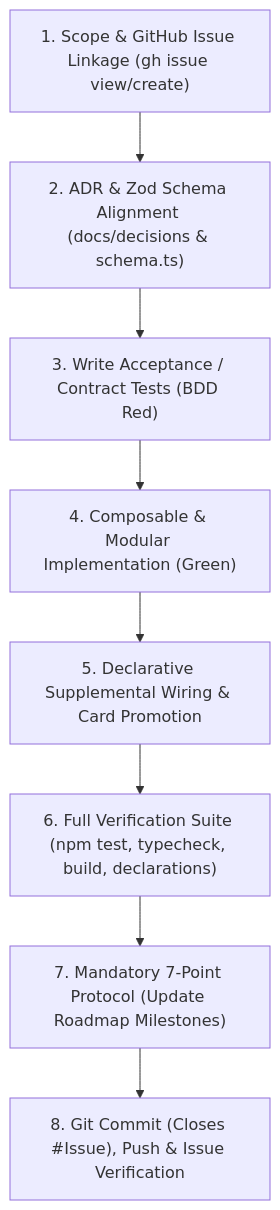
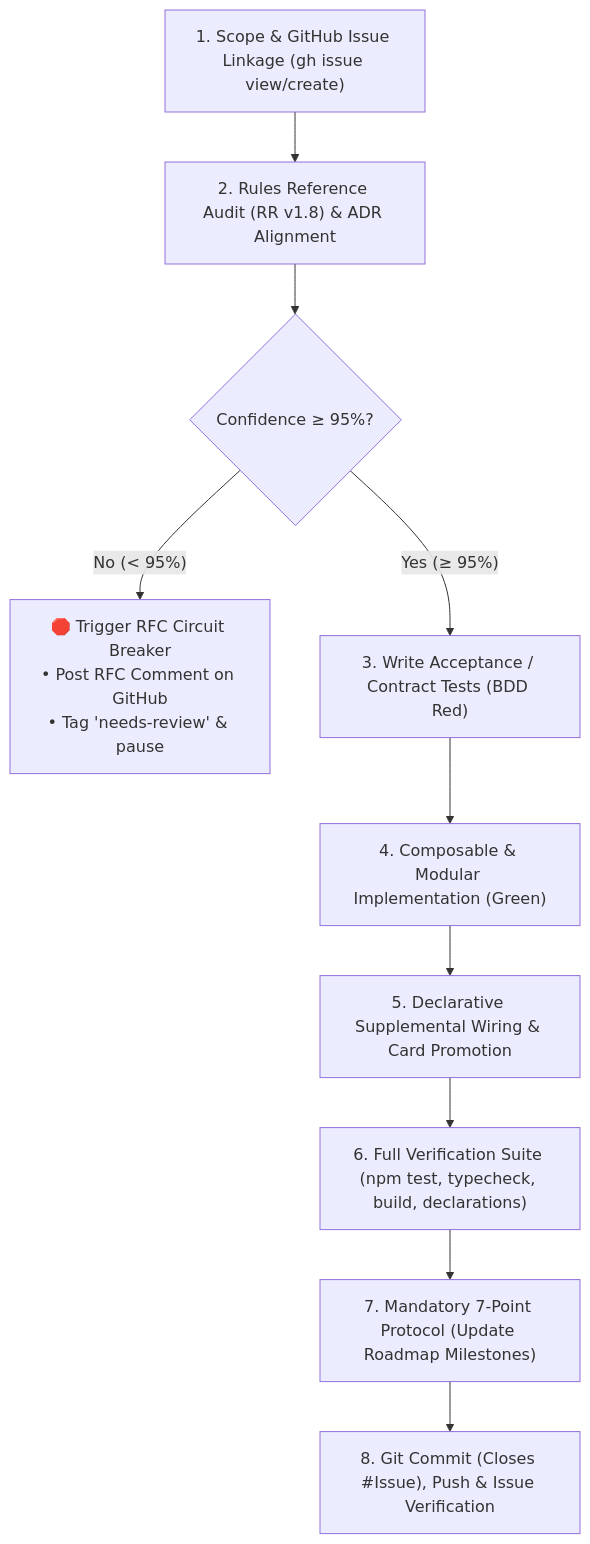
Before and after one commit to SteveRodrigue/MCD: the diagram in .agents/skills/feature-delivery/SKILL.md, drawn with Mermaid. The commit also changed other lines of this file, not shown here.

Commit message:
feat(skills): enhance feature-delivery skill with Rules Reference audit, >=95% confidence threshold, and GitHub RFC circuit breaker

````diff
--- a/.agents/skills/feature-delivery/SKILL.md
+++ b/.agents/skills/feature-delivery/SKILL.md
@@ -53,10 +102,12 @@
 ```mermaid
 flowchart TD
-    S1["1. Scope & GitHub Issue Linkage (gh issue view/create)"] --> S2["2. ADR & Zod Schema Alignment (docs/decisions & schema.ts)"]
-    S2 --> S3["3. Write Acceptance / Contract Tests (BDD Red)"]
+    S1["1. Scope & GitHub Issue Linkage (gh issue view/create)"] --> S2["2. Rules Reference Audit (RR v1.8) & ADR Alignment"]
+    S2 --> S2Check{"Confidence ≥ 95%?"}
+    S2Check -- "No (< 95%)" --> RFC["🛑 Trigger RFC Circuit Breaker<br/>• Post RFC Comment on GitHub<br/>• Tag 'needs-review' & pause"]
+    S2Check -- "Yes (≥ 95%)" --> S3["3. Write Acceptance / Contract Tests (BDD Red)"]
     S3 --> S4["4. Composable & Modular Implementation (Green)"]
     S4 --> S5["5. Declarative Supplemental Wiring & Card Promotion"]
     S5 --> S6["6. Full Verification Suite (npm test, typecheck, build, declarations)"]
     S6 --> S7["7. Mandatory 7-Point Protocol (Update Roadmap Milestones)"]
     S7 --> S8["8. Git Commit (Closes #Issue), Push & Issue Verification"]
 ```
````
